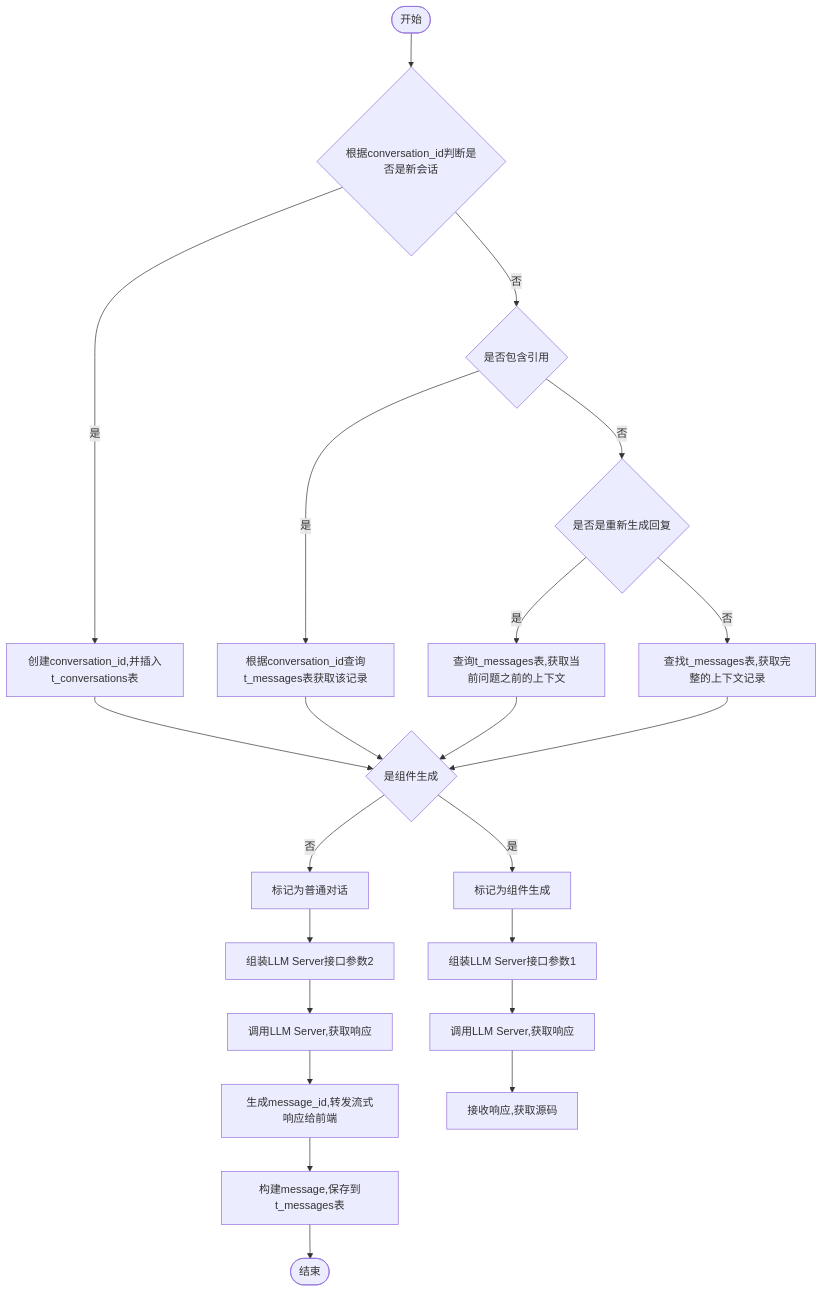
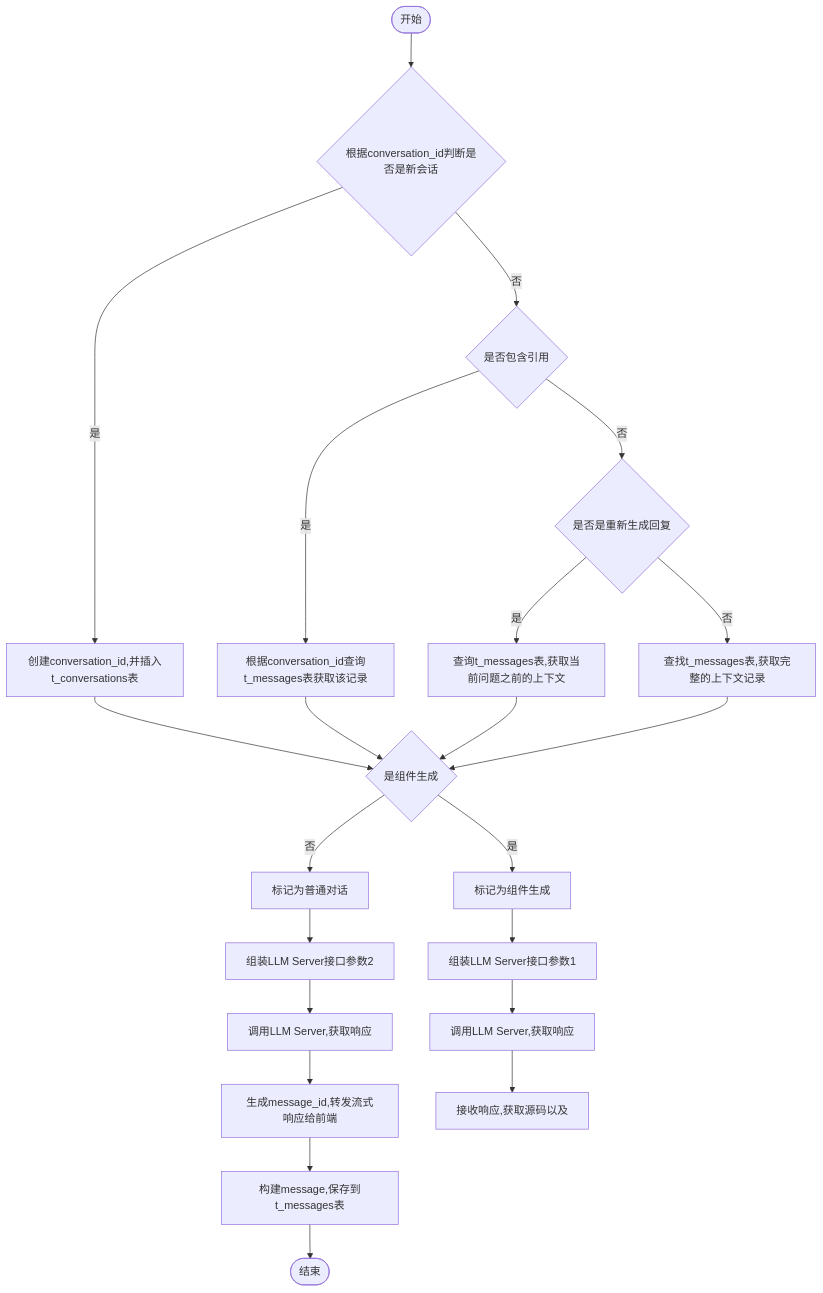
One commit to yingjianzh/iodraw-files changed the diagram in all/未命名-7.md. Above: the diagram before and after it, drawn with Mermaid.

Commit message:
2024-10-12 14:35:03 update

````diff
--- a/all/未命名-7.md
+++ b/all/未命名-7.md
@@ -1,27 +1,27 @@
 ```mermaid
 flowchart TD
     A([开始]) --> B{根据conversation_id判断是否是新会话}
     B -- 是 --> C[创建conversation_id,并插入t_conversations表]
     B -- 否 --> D{是否包含引用}
     D -- 是 --> E[根据conversation_id查询t_messages表获取该记录]
     D -- 否 --> F{是否是重新生成回复}
     F -- 是 --> G[查询t_messages表,获取当前问题之前的上下文]
     F -- 否 --> H[查找t_messages表,获取完整的上下文记录]
      
     C & E & G & H --> I{是组件生成}
     I -- 是 --> J[标记为组件生成]
     I -- 否 --> K[标记为普通对话]
 
     J --> L[组装LLM Server接口参数1]    
     K --> M[组装LLM Server接口参数2]    
     M --> N[调用LLM Server,获取响应]    
     N --> O[生成message_id,转发流式响应给前端]
     O --> P[构建message,保存到t_messages表]
     P --> R([结束])
 
 
     L --> S[调用LLM Server,获取响应]
-    S --> T[接收响应,获取源码]
+    S --> T[接收响应,获取源码以及]
 
 
 ```
````
